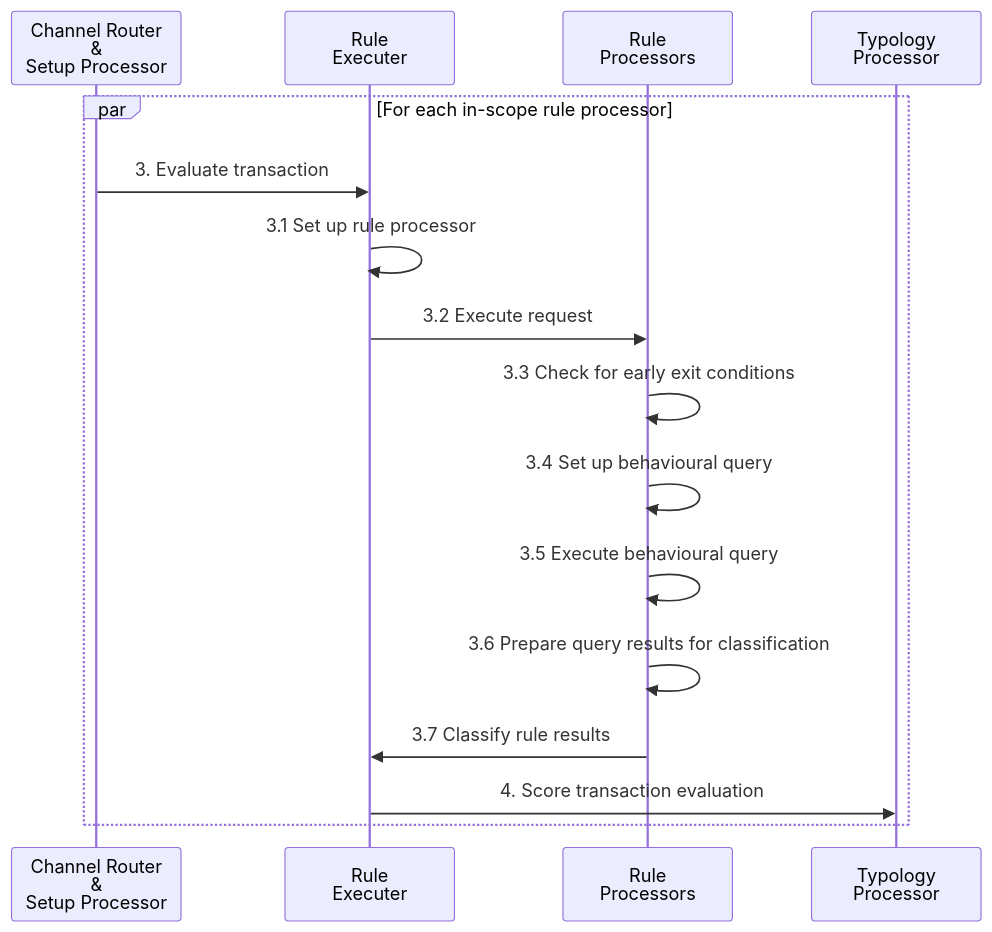
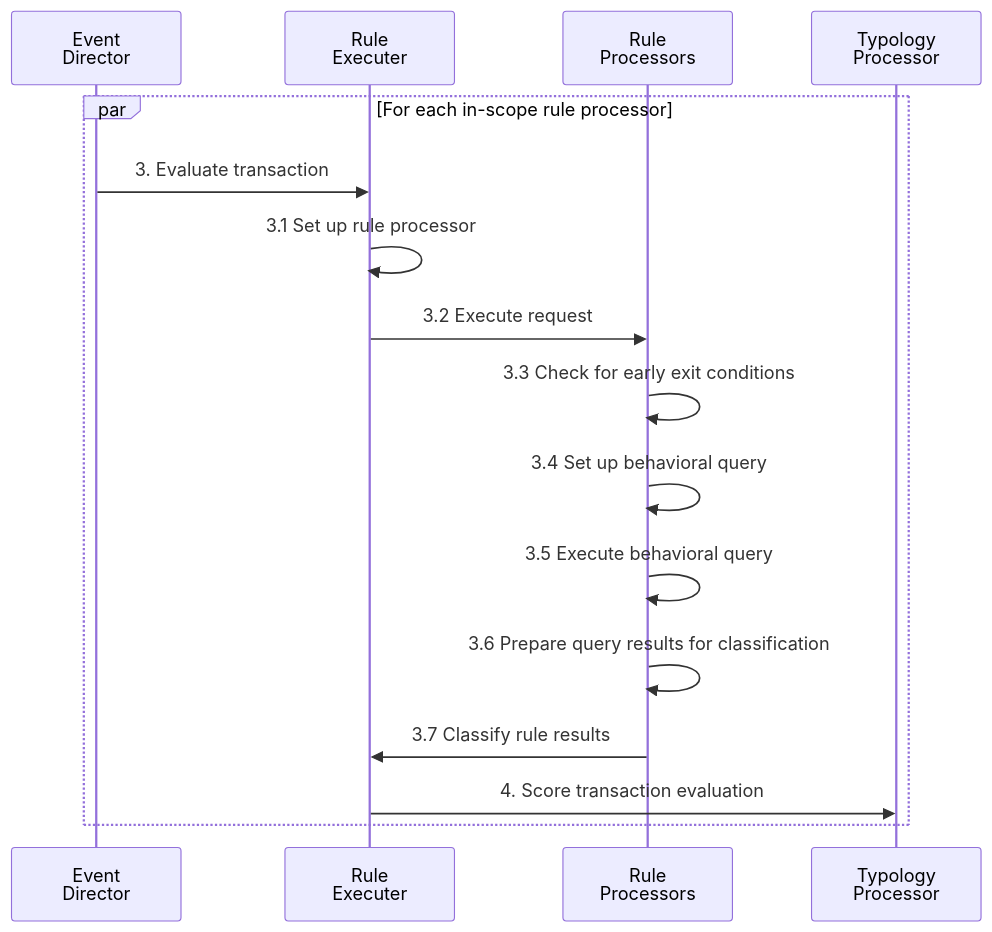
The diagram in Product/rule-processor-overview.md (tazama-lf/docs), drawn with Mermaid before and after one commit. The commit also changed other lines of this file and 9 other files, not shown here.

````diff
--- a/Product/rule-processor-overview.md
+++ b/Product/rule-processor-overview.md
@@ -35,18 +52,19 @@
 ```mermaid
 sequenceDiagram
-  participant crsp as Channel Router<br/>&<br/>Setup Processor
+  participant ed as Event<br/>Director
   participant rulex as Rule<br/>Executer
   participant rules as Rule<br/>Processors
   participant tp as Typology<br/>Processor
+
   par For each in-scope rule processor
-    crsp->>rulex: 3. Evaluate transaction
+    ed->>rulex: 3. Evaluate transaction
     rulex->>rulex: 3.1 Set up rule processor
     rulex->>rules: 3.2 Execute request
     rules->>rules: 3.3 Check for early exit conditions
-    rules->>rules: 3.4 Set up behavioural query
-    rules->>rules: 3.5 Execute behavioural query
+    rules->>rules: 3.4 Set up behavioral query
+    rules->>rules: 3.5 Execute behavioral query
     rules->>rules: 3.6 Prepare query results for classification
     rules->>rulex: 3.7 Classify rule results
     rulex->>tp: 4. Score transaction evaluation
   end  
 ```
````
